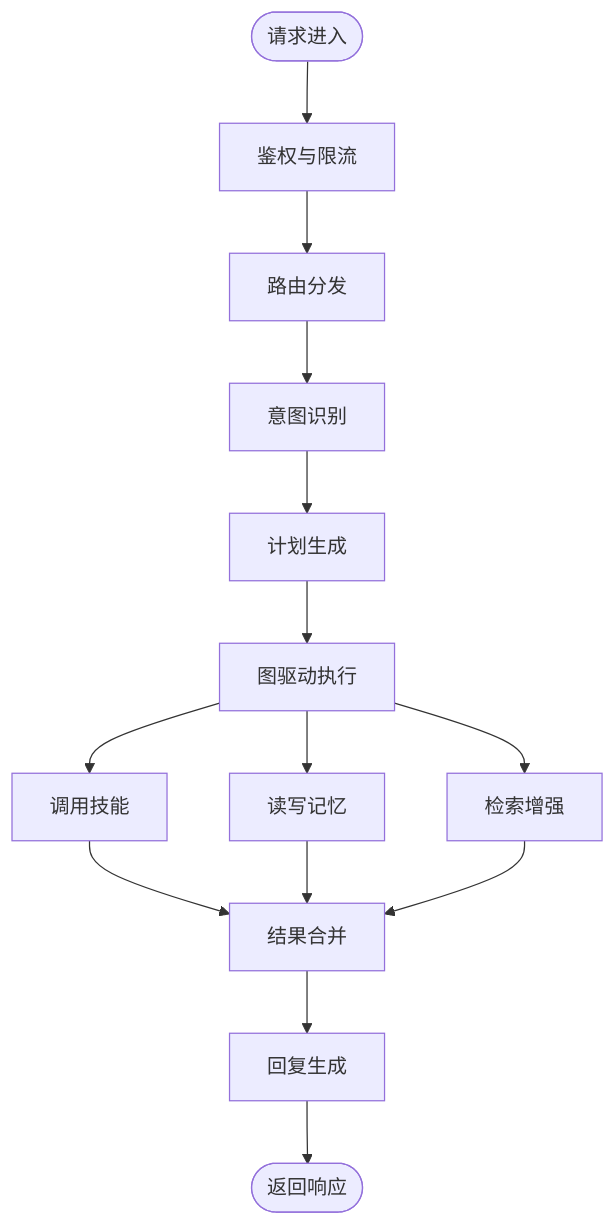
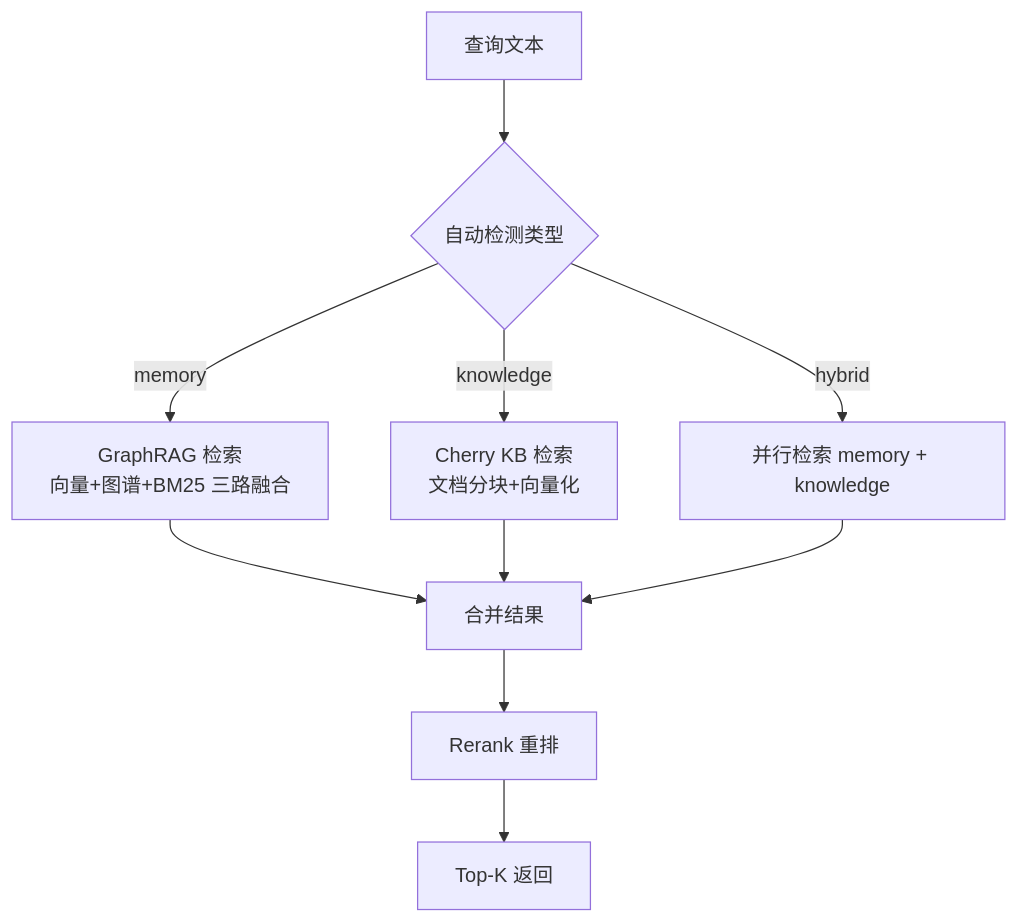
The fourth of 7 diagrams in .qoder/repowiki/zh/content/项目概述/项目概述.md (zmdhdu/NexusCockpit), drawn with Mermaid before and after one commit. The commit also changed other lines of this file and 516 other files, not shown here.

````diff
--- a/.qoder/repowiki/zh/content/项目概述/项目概述.md
+++ b/.qoder/repowiki/zh/content/项目概述/项目概述.md
@@ -285,16 +202,12 @@
 ```mermaid
 flowchart TD
-Start(["请求进入"]) --> Auth["鉴权与限流"]
-Auth --> Route["路由分发"]
-Route --> Intent["意图识别"]
-Intent --> Plan["计划生成"]
-Plan --> Execute["图驱动执行"]
-Execute --> Skills["调用技能"]
-Execute --> Memory["读写记忆"]
-Execute --> RAG["检索增强"]
-Skills --> Merge["结果合并"]
-Memory --> Merge
-RAG --> Merge
-Merge --> Respond["回复生成"]
-Respond --> End(["返回响应"])
+Q["查询文本"] --> T{"自动检测类型"}
+T --> |memory| M["GraphRAG 检索<br/>向量+图谱+BM25 三路融合"]
+T --> |knowledge| K["Cherry KB 检索<br/>文档分块+向量化"]
+T --> |hybrid| H["并行检索 memory + knowledge"]
+M --> F["合并结果"]
+K --> F
+H --> F
+F --> RR["Rerank 重排"]
+RR --> O["Top-K 返回"]
 ```
````
